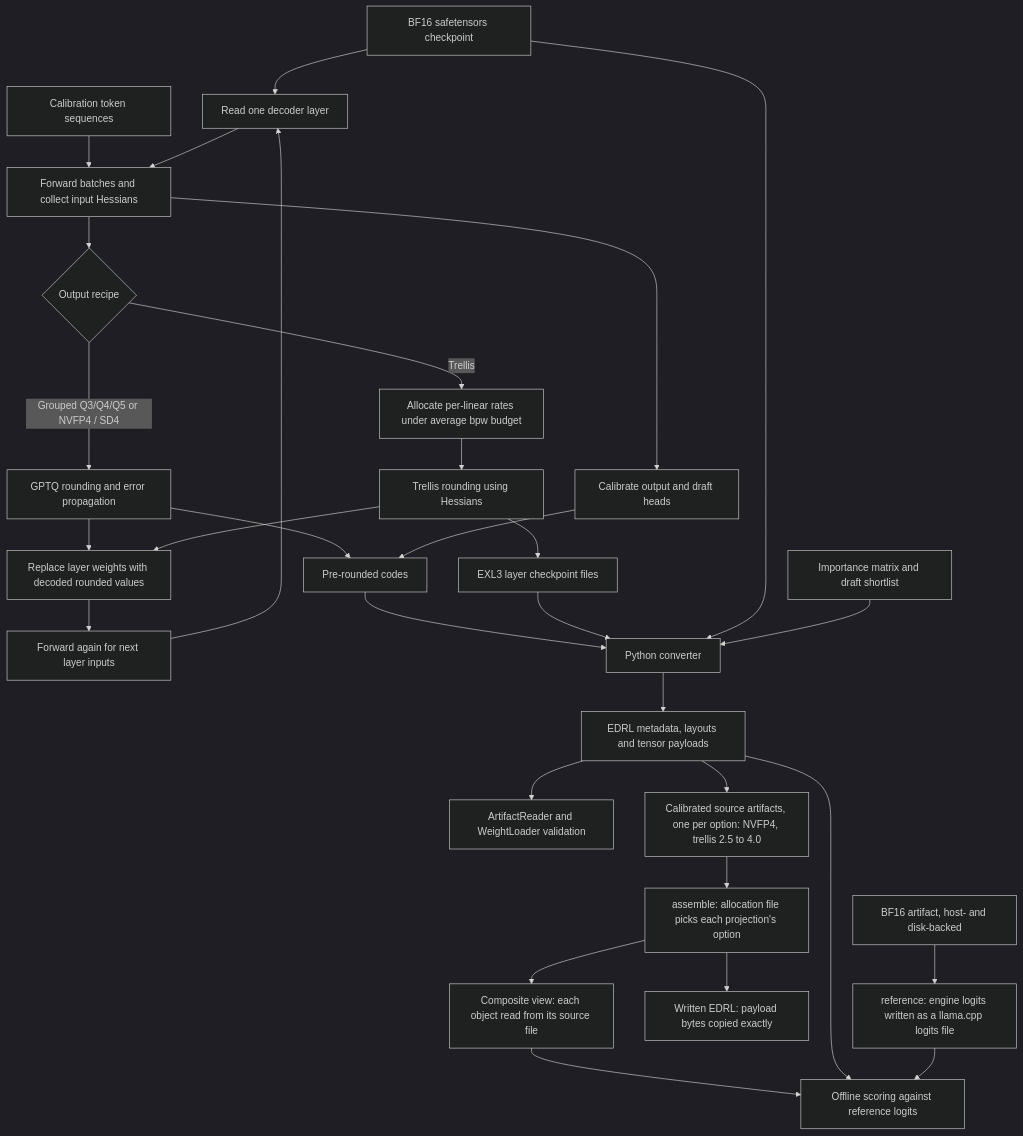
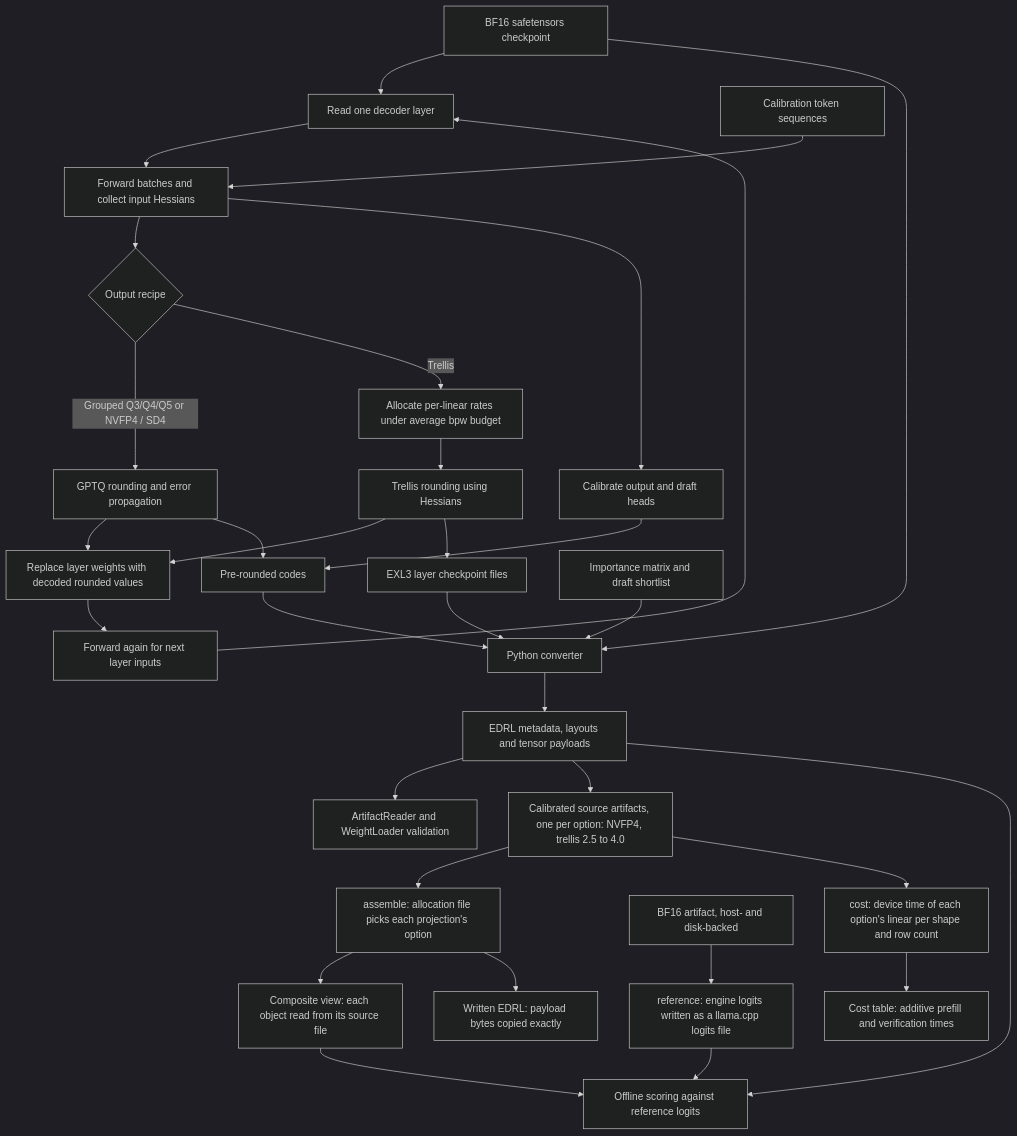
Before and after one commit to Euhedral-Engine/Euhedral: the diagram in docs/architecture/06-quantization.md, drawn with Mermaid (dark theme). The commit also changed other lines of this file, not shown here.

Commit message:
docs: per-shape linear costs in the quantization diagram

````diff
--- a/docs/architecture/06-quantization.md
+++ b/docs/architecture/06-quantization.md
@@ -5,32 +5,34 @@
 ```mermaid
 flowchart TD
     Checkpoint[BF16 safetensors checkpoint] --> Layer[Read one decoder layer]
     Tokens[Calibration token sequences] --> Forward[Forward batches and collect input Hessians]
     Layer --> Forward
     Forward --> Recipe{Output recipe}
     Recipe -->|Grouped Q3/Q4/Q5 or NVFP4 / SD4| GPTQ[GPTQ rounding and error propagation]
     Recipe -->|Trellis| Allocation[Allocate per-linear rates under average bpw budget]
     Allocation --> Trellis[Trellis rounding using Hessians]
     GPTQ --> Replace[Replace layer weights with decoded rounded values]
     Trellis --> Replace
     Replace --> Next[Forward again for next layer inputs]
     Next --> Layer
     GPTQ --> Codes[Pre-rounded codes]
     Trellis --> EXL3[EXL3 layer checkpoint files]
     Forward --> Heads[Calibrate output and draft heads]
     Heads --> Codes
     Codes --> Convert[Python converter]
     EXL3 --> Convert
     Checkpoint --> Convert
     Importance[Importance matrix and draft shortlist] --> Convert
     Convert --> Artifact[EDRL metadata, layouts and tensor payloads]
     Artifact --> Load[ArtifactReader and WeightLoader validation]
     Artifact --> Sources[Calibrated source artifacts, one per option: NVFP4, trellis 2.5 to 4.0]
     Sources --> Assemble[assemble: allocation file picks each projection's option]
     Assemble --> Composite[Composite view: each object read from its source file]
     Assemble --> Written[Written EDRL: payload bytes copied exactly]
     Composite --> Score[Offline scoring against reference logits]
     Artifact --> Score
     BF16[BF16 artifact, host- and disk-backed] --> Reference[reference: engine logits written as a llama.cpp logits file]
     Reference --> Score
+    Sources --> Cost[cost: device time of each option's linear per shape and row count]
+    Cost --> Table[Cost table: additive prefill and verification times]
 ```
````
